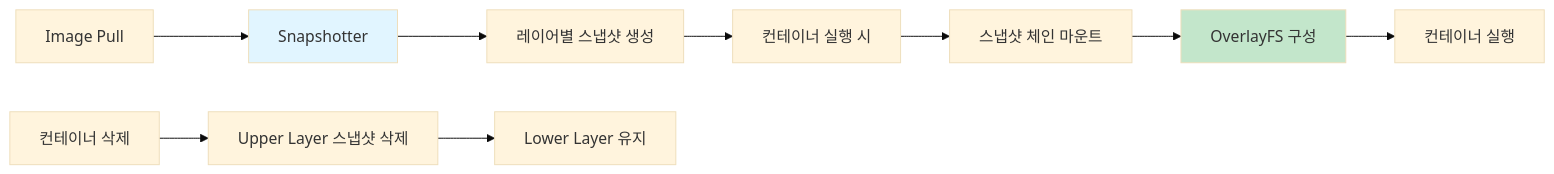
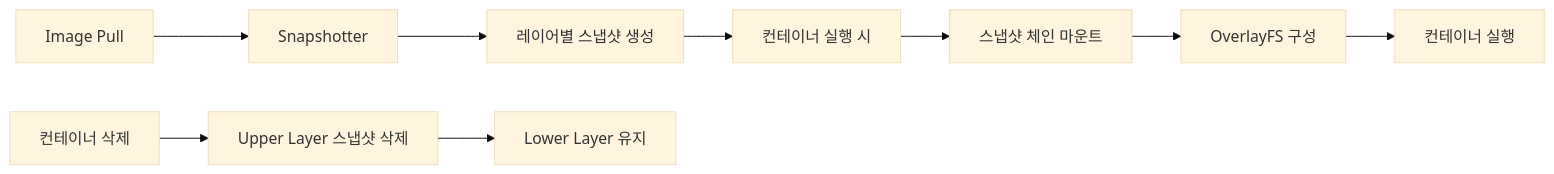
Before and after one commit to juwon8891/juwon8891.github.io: the fourth of 8 diagrams in docs/k8s-deploy/week3-kubeadm-upgrade.md, drawn with Mermaid (base theme). The commit also changed other lines of this file and 18 other files, not shown here.

Commit message:
Remove bright colors from Mermaid diagrams for dark mode compatibility

````diff
--- a/docs/k8s-deploy/week3-kubeadm-upgrade.md
+++ b/docs/k8s-deploy/week3-kubeadm-upgrade.md
@@ -467,15 +458,13 @@
 ```mermaid
 flowchart LR
     A[Image Pull] --> B[Snapshotter]
     B --> C[레이어별 스냅샷 생성]
     C --> D[컨테이너 실행 시]
     D --> E[스냅샷 체인 마운트]
     E --> F[OverlayFS 구성]
     F --> G[컨테이너 실행]
 
     H[컨테이너 삭제] --> I[Upper Layer 스냅샷 삭제]
     I --> J[Lower Layer 유지]
 
-    style B fill:#e1f5ff
-    style F fill:#c3e6cb
 ```
````
